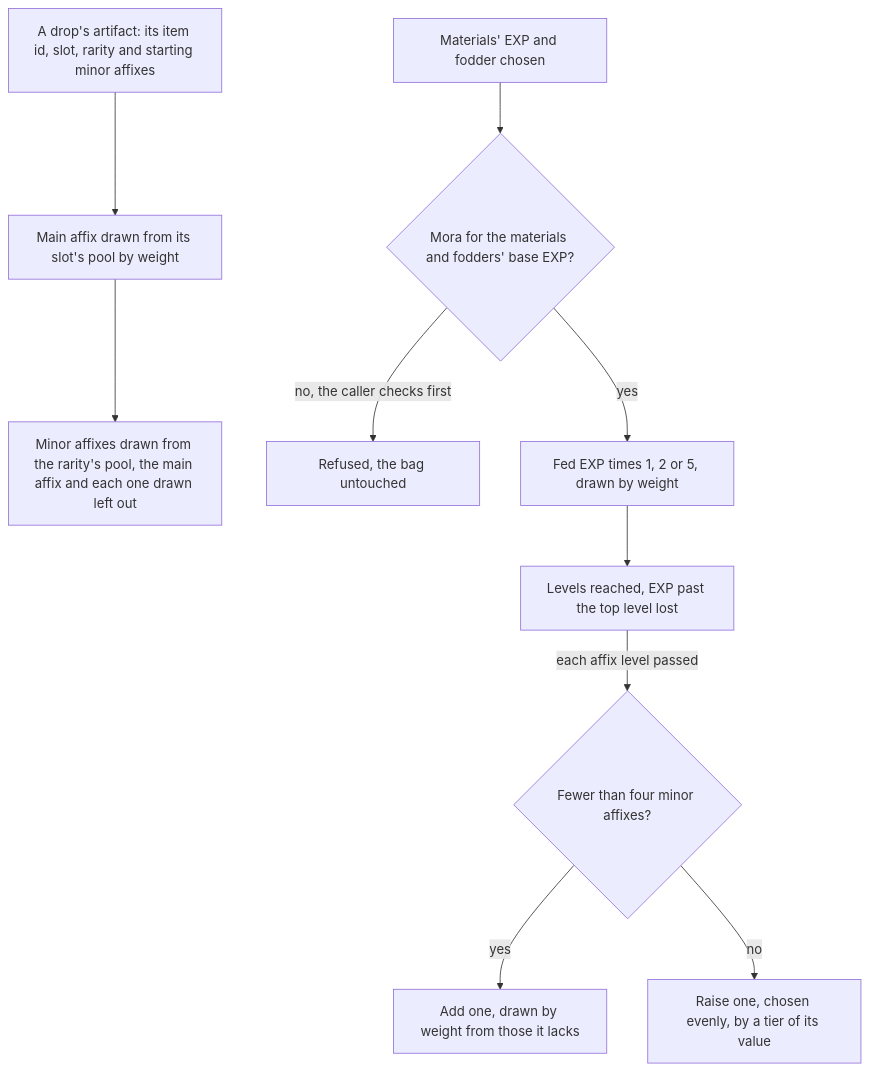
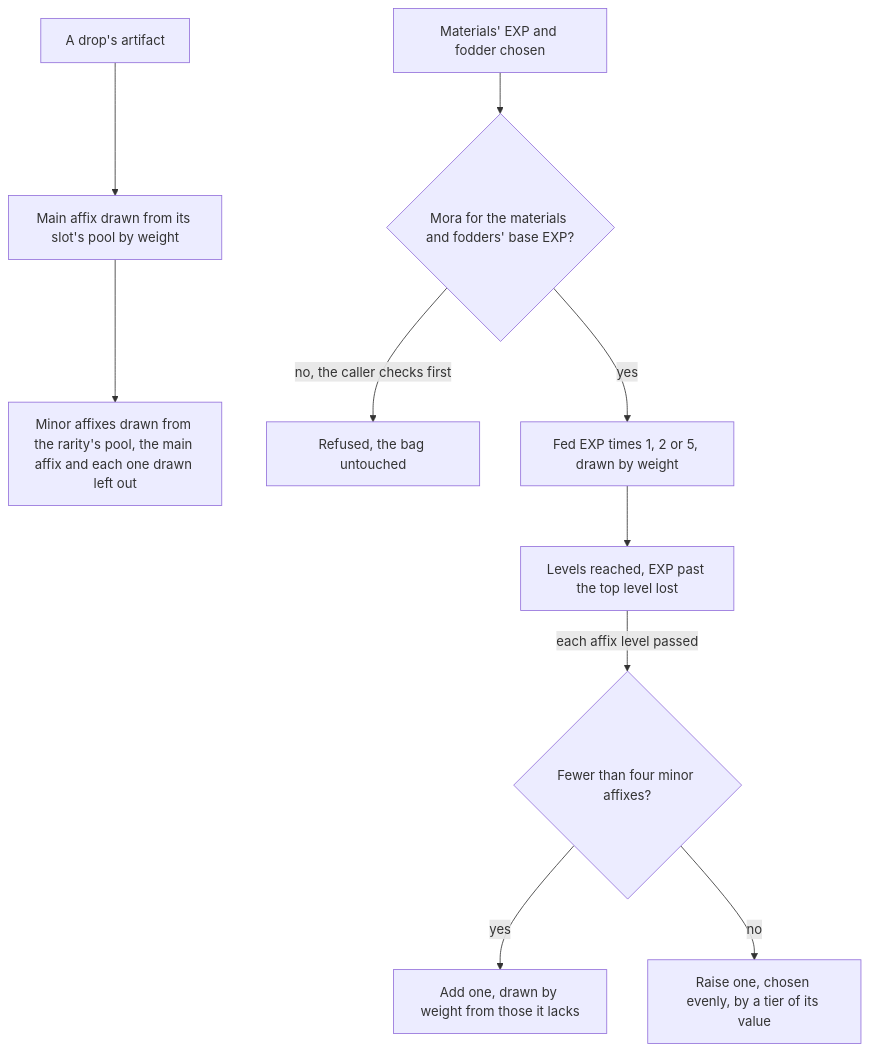
One commit to Esposter/Esposter changed the first of 2 diagrams in openspec/specs/genshin/artifact-enhancement/design.md. Above: the diagram before and after it, drawn with Mermaid. The commit also changed other lines of this file and 9 other files, not shown here.

````diff
--- a/openspec/specs/genshin/artifact-enhancement/design.md
+++ b/openspec/specs/genshin/artifact-enhancement/design.md
@@ -7,12 +7,12 @@
 ```mermaid
 flowchart TD
-  NEW["A drop's artifact: its item id, slot, rarity and starting minor affixes"] --> MAIN["Main affix drawn from its slot's pool by weight"]
+  NEW["A drop's artifact"] --> MAIN["Main affix drawn from its slot's pool by weight"]
   MAIN --> MINOR["Minor affixes drawn from the rarity's pool, the main affix and each one drawn left out"]
   FEED["Materials' EXP and fodder chosen"] --> MORA{"Mora for the materials and fodders' base EXP?"}
   MORA -->|"no, the caller checks first"| REFUSE["Refused, the bag untouched"]
   MORA -->|"yes"| BONUS["Fed EXP times 1, 2 or 5, drawn by weight"]
   BONUS --> LEVEL["Levels reached, EXP past the top level lost"]
   LEVEL -->|"each affix level passed"| AFFIX{"Fewer than four minor affixes?"}
   AFFIX -->|"yes"| ADD["Add one, drawn by weight from those it lacks"]
   AFFIX -->|"no"| RAISE["Raise one, chosen evenly, by a tier of its value"]
 ```
````
